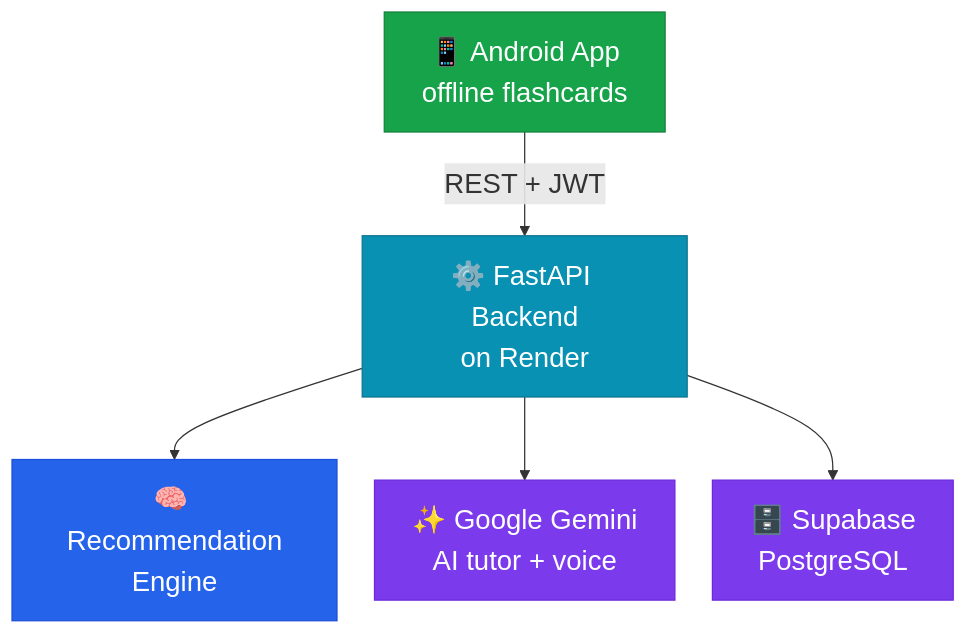
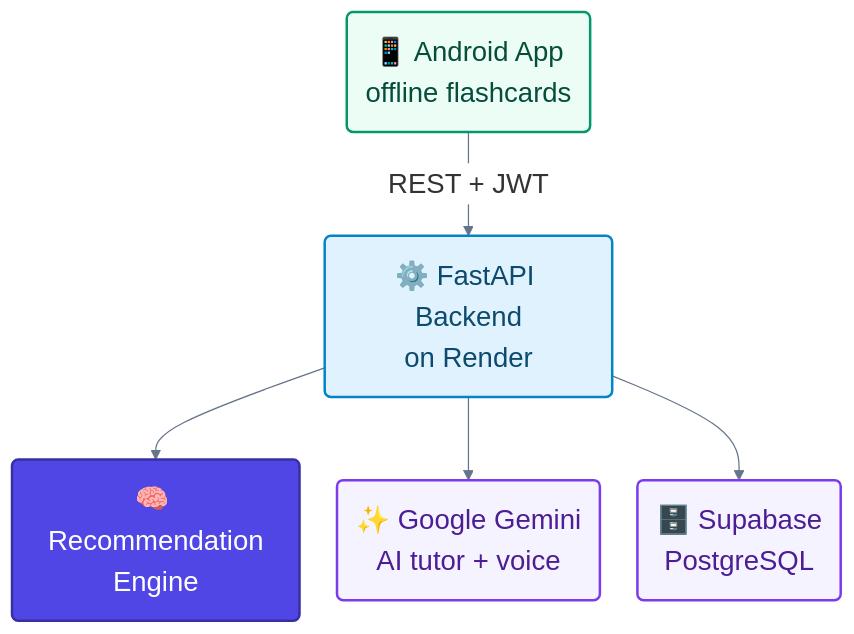
The diagram in docs/mermaid/ppt/architecture-compact.mmd (adarsh-67r/Anvesh), drawn with Mermaid before and after one commit. The commit also changed 5 other files, not shown here.

Commit message:
Restyle slide diagrams with the brand indigo palette

```diff
--- a/docs/mermaid/ppt/architecture-compact.mmd
+++ b/docs/mermaid/ppt/architecture-compact.mmd
@@ -1,15 +1,15 @@
-%%{init: {'themeVariables': {'fontSize': '22px'}, 'flowchart': {'nodeSpacing': 30, 'rankSpacing': 50}}}%%
+%%{init: {'theme': 'base', 'themeVariables': {'fontSize': '22px', 'lineColor': '#64748B', 'edgeLabelBackground': '#FFFFFF', 'textColor': '#334155'}, 'flowchart': {'nodeSpacing': 30, 'rankSpacing': 50, 'curve': 'basis'}}}%%
 flowchart TB
-    APP["📱 Android App<br/>offline flashcards"] -->|REST + JWT| API["⚙️ FastAPI Backend<br/>on Render"]
-    API --> REC["🧠 Recommendation<br/>Engine"]
-    API --> GEM["✨ Google Gemini<br/>AI tutor + voice"]
-    API --> DB["🗄️ Supabase<br/>PostgreSQL"]
+    APP("📱 Android App<br/>offline flashcards") -->|REST + JWT| API("⚙️ FastAPI Backend<br/>on Render")
+    API --> REC("🧠 Recommendation<br/>Engine")
+    API --> GEM("✨ Google Gemini<br/>AI tutor + voice")
+    API --> DB("🗄️ Supabase<br/>PostgreSQL")
 
-    classDef app fill:#16a34a,stroke:#15803d,color:#fff
-    classDef api fill:#0891b2,stroke:#0e7490,color:#fff
-    classDef rec fill:#2563eb,stroke:#1d4ed8,color:#fff
-    classDef ext fill:#7c3aed,stroke:#6d28d9,color:#fff
+    classDef app fill:#ECFDF5,stroke:#059669,stroke-width:2px,color:#064E3B
+    classDef api fill:#E0F2FE,stroke:#0284C7,stroke-width:2px,color:#0C4A6E
+    classDef hero fill:#4F46E5,stroke:#3730A3,stroke-width:2px,color:#FFFFFF
+    classDef ext fill:#F5F3FF,stroke:#7C3AED,stroke-width:2px,color:#4C1D95
     class APP app
     class API api
-    class REC rec
+    class REC hero
     class GEM,DB ext
```
